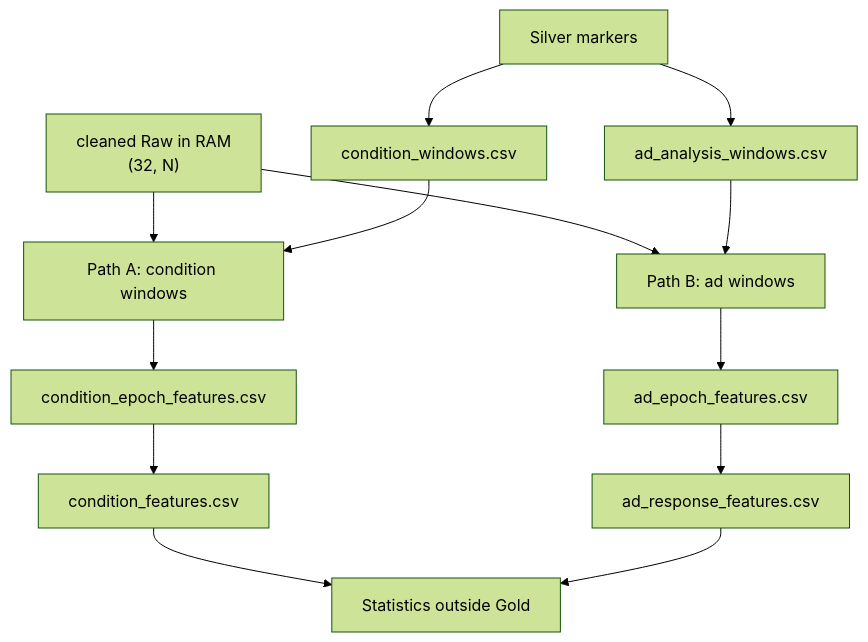
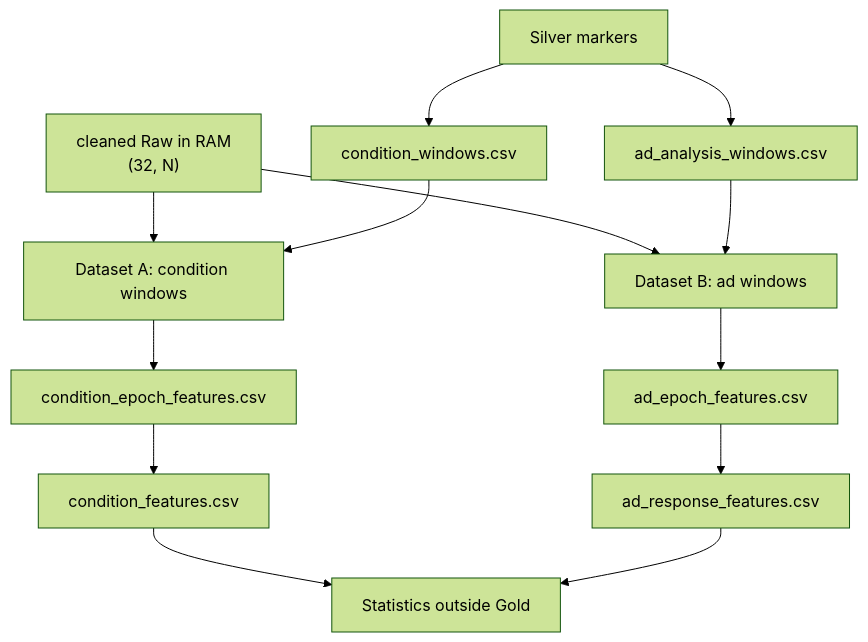
One commit to eZWALT/MasterThesis-The-Price-of-Attention changed the diagram in .agents/context/data-analysis/eeg/2026-08-19-gold-paths-shapes-and-ica.md. Above: the diagram before and after it, drawn with Mermaid (forest theme). The commit also changed other lines of this file and 75 other files, not shown here.

First line of the commit message:
Rename Path A/B to Dataset A/B across code, docs and outputs

````diff
--- a/.agents/context/data-analysis/eeg/2026-08-19-gold-paths-shapes-and-ica.md
+++ b/.agents/context/data-analysis/eeg/2026-08-19-gold-paths-shapes-and-ica.md
@@ -62,15 +62,15 @@
 ```mermaid
 flowchart TD
-    RAW["cleaned Raw in RAM<br/>(32, N)"] --> CA["Path A: condition windows"]
-    RAW --> CB["Path B: ad windows"]
+    RAW["cleaned Raw in RAM<br/>(32, N)"] --> CA["Dataset A: condition windows"]
+    RAW --> CB["Dataset B: ad windows"]
     MARK["Silver markers"] --> WA["condition_windows.csv"]
     MARK --> WB["ad_analysis_windows.csv"]
     WA --> CA
     WB --> CB
     CA --> EA["condition_epoch_features.csv"]
     EA --> SA["condition_features.csv"]
     CB --> EB["ad_epoch_features.csv"]
     EB --> RB["ad_response_features.csv"]
     SA --> ST["Statistics outside Gold"]
     RB --> ST
 ```
````
